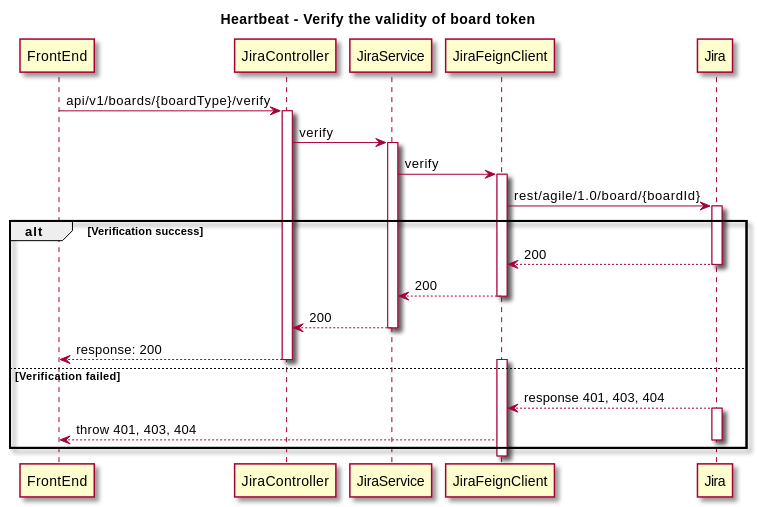
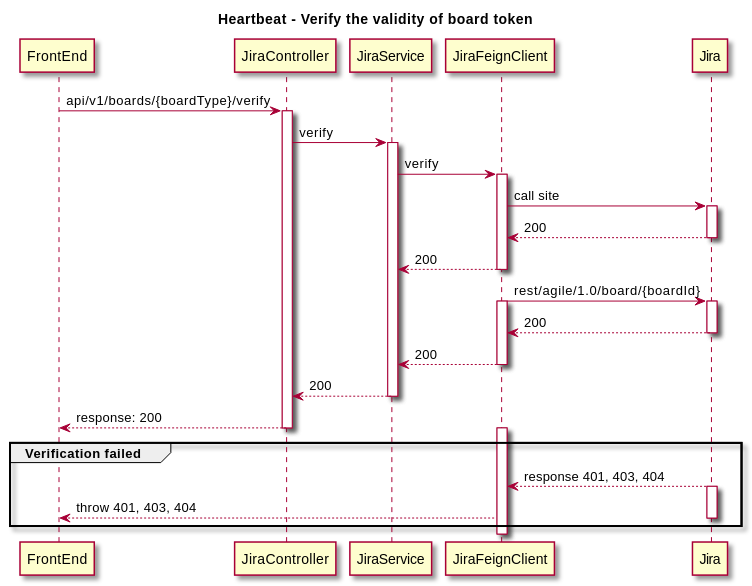
Before and after one commit to thoughtworks/HeartBeat: the first of 2 diagrams in docs/src/content/docs/en/spikes/tech-spikes-split-verification-of-board.mdx, drawn with PlantUML. The commit also changed other lines of this file and 7 other files, not shown here.

````diff
--- a/docs/src/content/docs/en/spikes/tech-spikes-split-verification-of-board.mdx
+++ b/docs/src/content/docs/en/spikes/tech-spikes-split-verification-of-board.mdx
@@ -107,38 +108,44 @@
 ```plantuml
 @startuml
 skin rose
 title Heartbeat - Verify the validity of board token
 
 participant FrontEnd
 participant JiraController
 participant JiraService
 participant JiraFeignClient
 participant Jira
 
 ' group Verify the validity of the token
     FrontEnd -> JiraController: api/v1/boards/{boardType}/verify
     activate JiraController
     JiraController -> JiraService: verify
     activate JiraService
     JiraService -> JiraFeignClient: verify
     activate JiraFeignClient
+    JiraFeignClient -> Jira: call site
+    activate Jira
+    Jira --> JiraFeignClient: 200
+    deactivate Jira
+    JiraFeignClient --> JiraService: 200
+    deactivate JiraFeignClient
     JiraFeignClient -> Jira: rest/agile/1.0/board/{boardId}
     activate Jira
-alt Verification success
+    activate JiraFeignClient
     Jira --> JiraFeignClient: 200
     deactivate Jira
     JiraFeignClient --> JiraService: 200
     deactivate JiraFeignClient
     JiraService --> JiraController: 200
     deactivate JiraService
     JiraController --> FrontEnd: response: 200
     deactivate JiraController
-else Verification failed
+group Verification failed
     activate JiraFeignClient
     Jira --> JiraFeignClient: response 401, 403, 404
     activate Jira
     JiraFeignClient --> FrontEnd: throw 401, 403, 404
     deactivate Jira
 end
 @enduml
 ```
````
